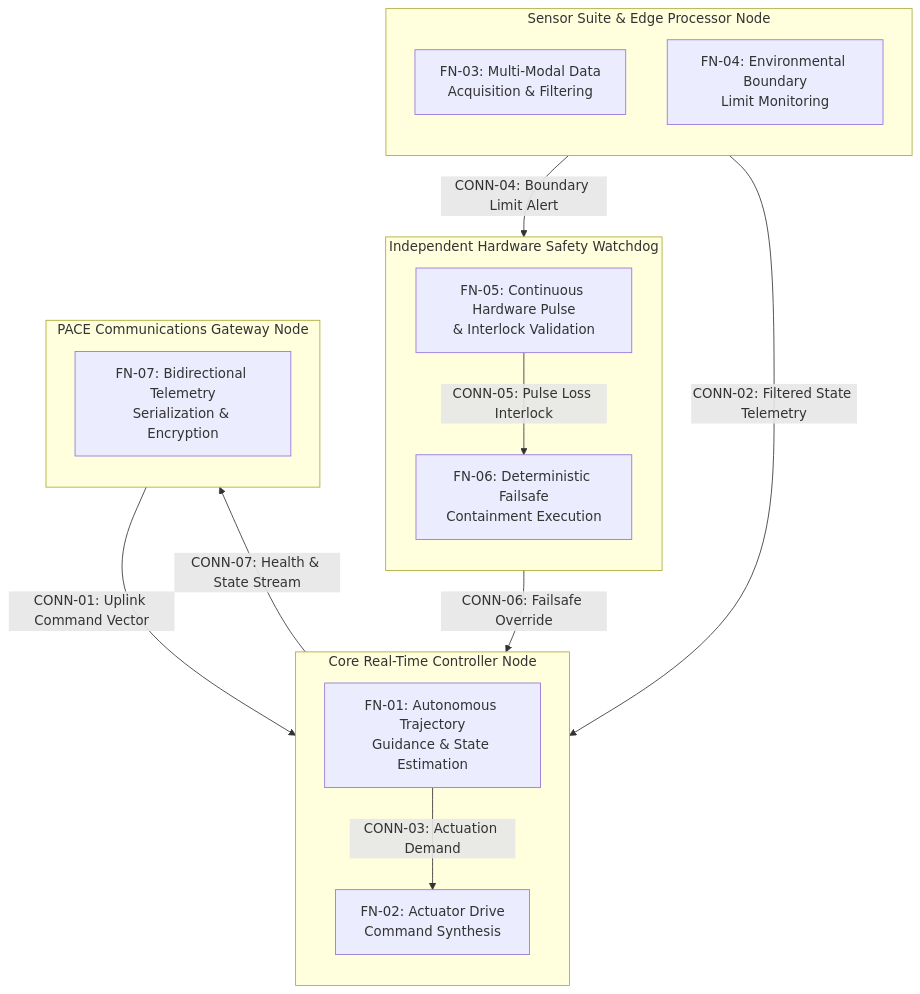
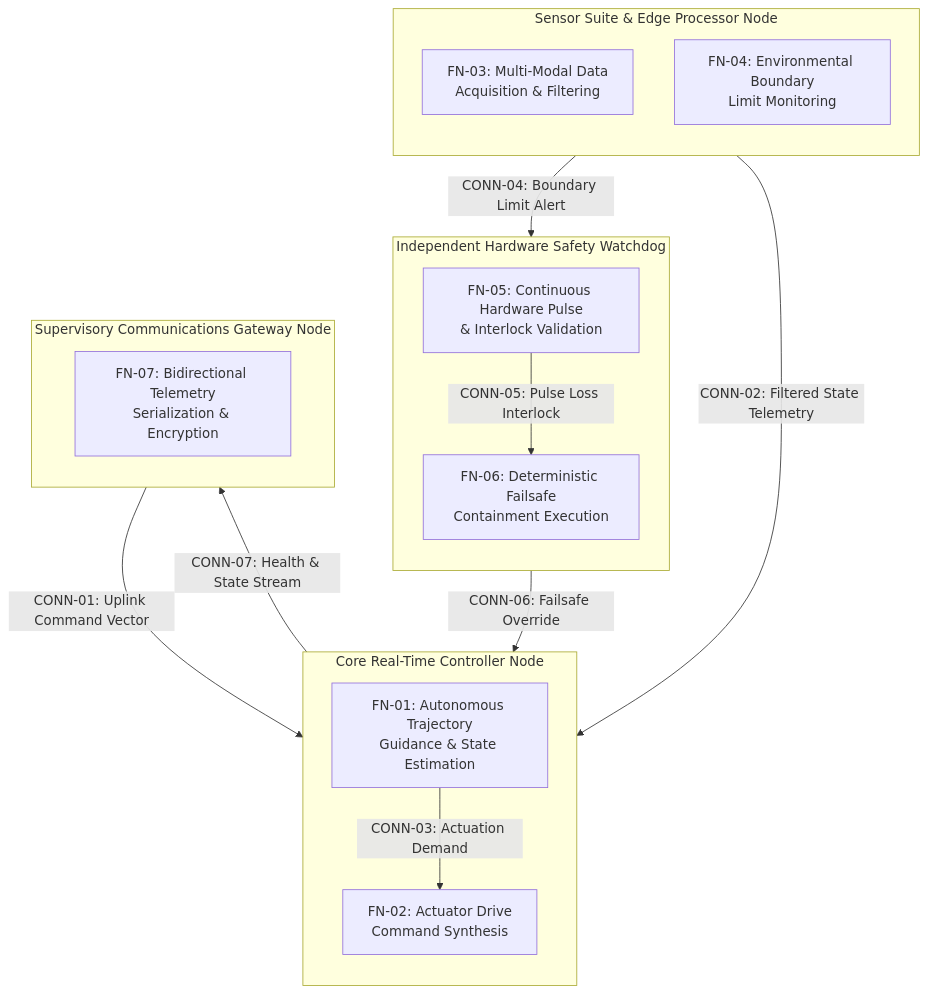
One commit to gintatkinson/DEAP-avionic-flight-safety changed the diagram in skills/spec-conops-engineering/resources/units/conops/04_SYSTEM_ARCHITECTURE.md. Above: the diagram before and after it, drawn with Mermaid. The commit also changed other lines of this file and 256 other files, not shown here.

````diff
--- a/skills/spec-conops-engineering/resources/units/conops/04_SYSTEM_ARCHITECTURE.md
+++ b/skills/spec-conops-engineering/resources/units/conops/04_SYSTEM_ARCHITECTURE.md
@@ -51,33 +37,33 @@
 ```mermaid
 flowchart TD
     subgraph CoreController ["Core Real-Time Controller Node"]
         direction TB
         FN01["FN-01: Autonomous Trajectory<br/>Guidance & State Estimation"]
         FN02["FN-02: Actuator Drive<br/>Command Synthesis"]
     end
 
     subgraph SensorSuite ["Sensor Suite & Edge Processor Node"]
         direction TB
         FN03["FN-03: Multi-Modal Data<br/>Acquisition & Filtering"]
         FN04["FN-04: Environmental Boundary<br/>Limit Monitoring"]
     end
 
     subgraph SafetyWatchdog ["Independent Hardware Safety Watchdog"]
         direction TB
         FN05["FN-05: Continuous Hardware Pulse<br/>& Interlock Validation"]
         FN06["FN-06: Deterministic Failsafe<br/>Containment Execution"]
     end
 
-    subgraph CommGateway ["PACE Communications Gateway Node"]
+    subgraph CommGateway ["Supervisory Communications Gateway Node"]
         direction TB
         FN07["FN-07: Bidirectional Telemetry<br/>Serialization & Encryption"]
     end
 
     FN07 -->|"CONN-01: Uplink Command Vector"| FN01
     FN03 -->|"CONN-02: Filtered State Telemetry"| FN01
     FN01 -->|"CONN-03: Actuation Demand"| FN02
     FN04 -->|"CONN-04: Boundary Limit Alert"| FN06
     FN05 -->|"CONN-05: Pulse Loss Interlock"| FN06
     FN06 -->|"CONN-06: Failsafe Override"| FN02
     FN01 -->|"CONN-07: Health & State Stream"| FN07
 ```
````
